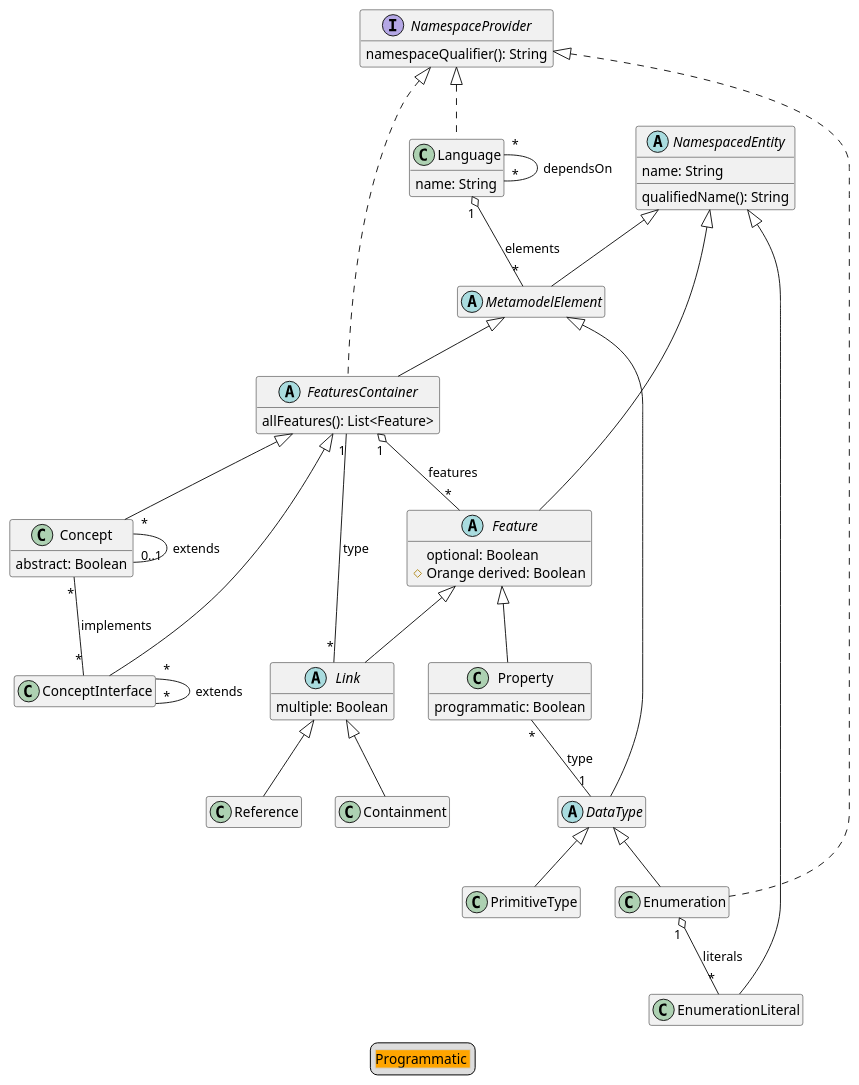
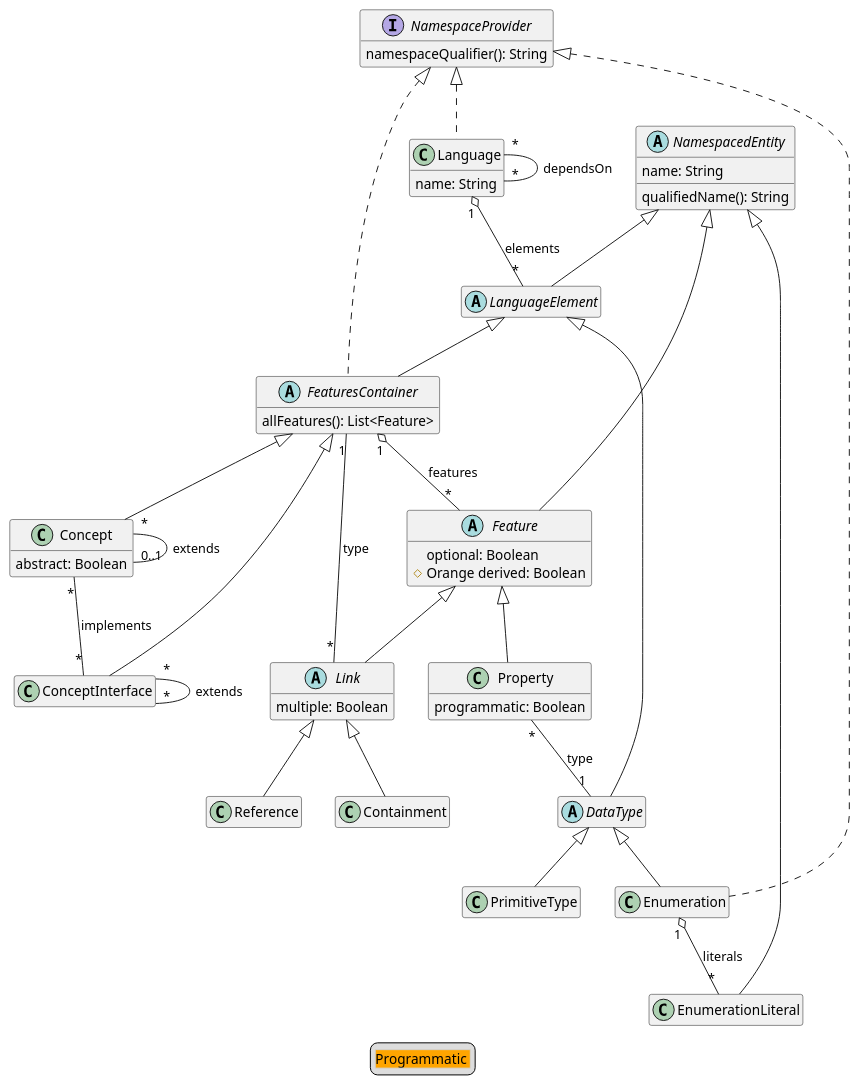
One commit to LionWeb-io/lionweb-typescript changed the diagram in diagrams/metametamodel-gen.puml. Above: the diagram before and after it, drawn with PlantUML. The commit also changed 9 other files, not shown here.

Commit message:
MetamodelElement -> LanguageElement

```diff
--- a/diagrams/metametamodel-gen.puml
+++ b/diagrams/metametamodel-gen.puml
@@ -1,83 +1,83 @@
 @startuml
 hide empty members
 
 ' qualified name: "LIonCore.M3"
 
 
 class Concept extends FeaturesContainer {
   abstract: Boolean
 }
 
 class ConceptInterface extends FeaturesContainer
 
 class Containment extends Link
 
-abstract class DataType extends MetamodelElement
+abstract class DataType extends LanguageElement
 
 class Enumeration extends DataType implements NamespaceProvider
 
 class EnumerationLiteral extends NamespacedEntity
 
 abstract class Feature extends NamespacedEntity {
   optional: Boolean
   #Orange derived: Boolean
 }
 
-abstract class FeaturesContainer extends MetamodelElement implements NamespaceProvider {
+abstract class FeaturesContainer extends LanguageElement implements NamespaceProvider {
   allFeatures(): List<Feature>
 }
 
 class Language implements NamespaceProvider {
   name: String
 }
 
+abstract class LanguageElement extends NamespacedEntity
+
 abstract class Link extends Feature {
   multiple: Boolean
 }
-
-abstract class MetamodelElement extends NamespacedEntity
 
 interface NamespaceProvider {
   namespaceQualifier(): String
 }
 
 abstract class NamespacedEntity {
   name: String
   qualifiedName(): String
 }
 
 class PrimitiveType extends DataType
 
 class Property extends Feature {
   programmatic: Boolean
 }
 
 class Reference extends Link
 
 
 
 ' relations:
 
 Concept "*" -- "0..1" Concept: extends
 Concept "*" -- "*" ConceptInterface: implements
 ConceptInterface "*" -- "*" ConceptInterface: extends
 
 
 Enumeration "1" o-- "*" EnumerationLiteral: literals
 
 
 FeaturesContainer "1" o-- "*" Feature: features
-Language "1" o-- "*" MetamodelElement: elements
+Language "1" o-- "*" LanguageElement: elements
 Language "*" -- "*" Language: dependsOn
+
 Link "*" -- "1" FeaturesContainer: type
-
 
 
 
 Property "*" -- "1" DataType: type
 
 
 legend
   <#LightGray,#LightGray>| <#Orange>Programmatic |
 end legend
 @enduml
```
